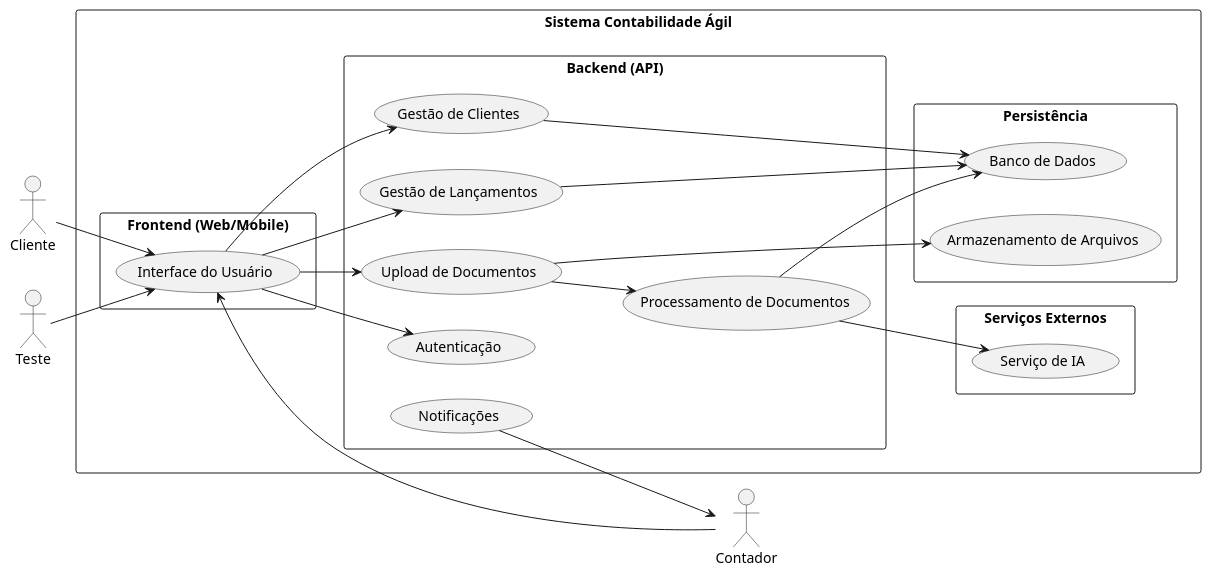
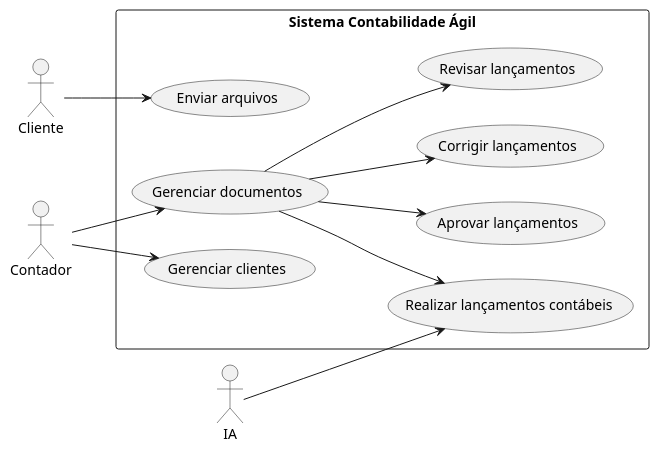
One commit to MGS-BR/eng-softII-2026 changed the diagram in Docs/arquitetura.puml. Above: the diagram before and after it, drawn with PlantUML.

Commit message:
Refactor architecture diagram and update actors

```diff
--- a/Docs/arquitetura.puml
+++ b/Docs/arquitetura.puml
@@ -1,54 +1,30 @@
 @startuml
 left to right direction
 skinparam packageStyle rectangle
 
+actor Cliente
 actor Contador
-actor Cliente
-actor Teste
+actor IA
 
 rectangle "Sistema Contabilidade Ágil" {
 
-  package "Frontend (Web/Mobile)" {
-    (Interface do Usuário) as UI
-  }
-
-  package "Backend (API)" {
-    (Autenticação) as Auth
-    (Gestão de Clientes) as Clientes
-    (Upload de Documentos) as Upload
-    (Processamento de Documentos) as Proc
-    (Gestão de Lançamentos) as Lancamentos
-    (Notificações) as Notif
-  }
-
-  package "Serviços Externos" {
-    (Serviço de IA) as IA
-  }
-
-  package "Persistência" {
-    (Banco de Dados) as DB
-    (Armazenamento de Arquivos) as Storage
-  }
+  (Enviar arquivos) as Upload
+  (Gerenciar clientes) as Clientes
+  (Gerenciar documentos) as ManageDocs
+  (Revisar lançamentos) as Review
+  (Aprovar lançamentos) as Aprove
+  (Corrigir lançamentos) as toCorrect
+  (Realizar lançamentos contábeis) as Lançamentos
 }
 
-Contador --> UI
-Cliente --> UI
-Teste --> UI
+Cliente --> Upload
+Contador --> Clientes
+Contador --> ManageDocs
+IA --> Lançamentos
 
-UI --> Auth
-UI --> Clientes
-UI --> Upload
-UI --> Lancamentos
-
-Upload --> Storage
-Upload --> Proc
-
-Proc --> IA
-Proc --> DB
-
-Clientes --> DB
-Lancamentos --> DB
-
-Notif --> Contador
+ManageDocs --> Review
+ManageDocs --> Aprove
+ManageDocs --> toCorrect
+ManageDocs --> Lançamentos
 
 @enduml
```
